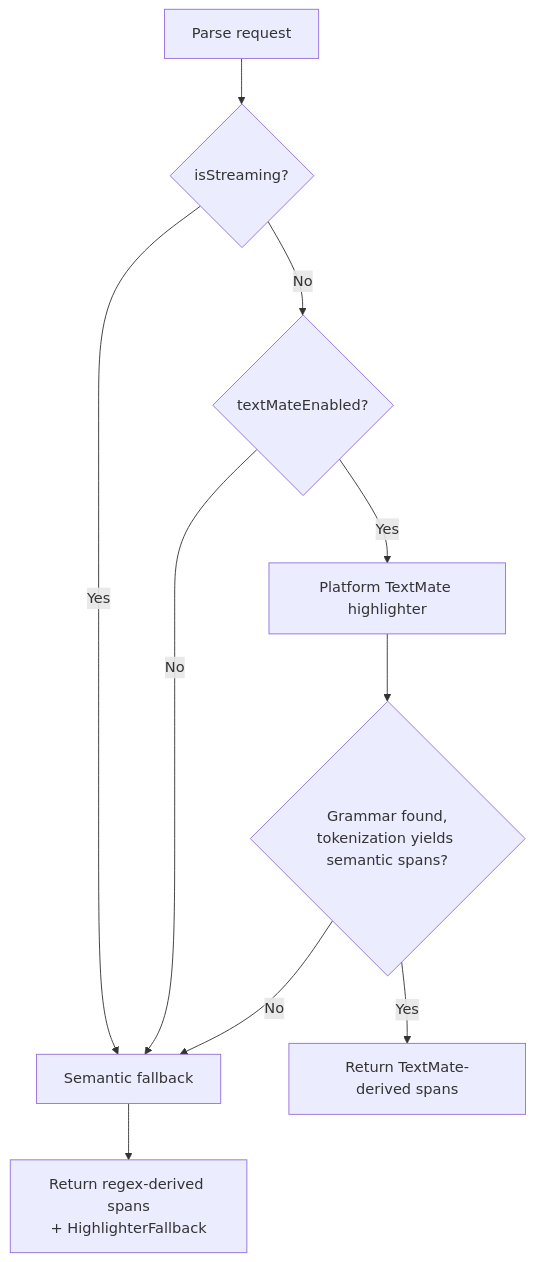
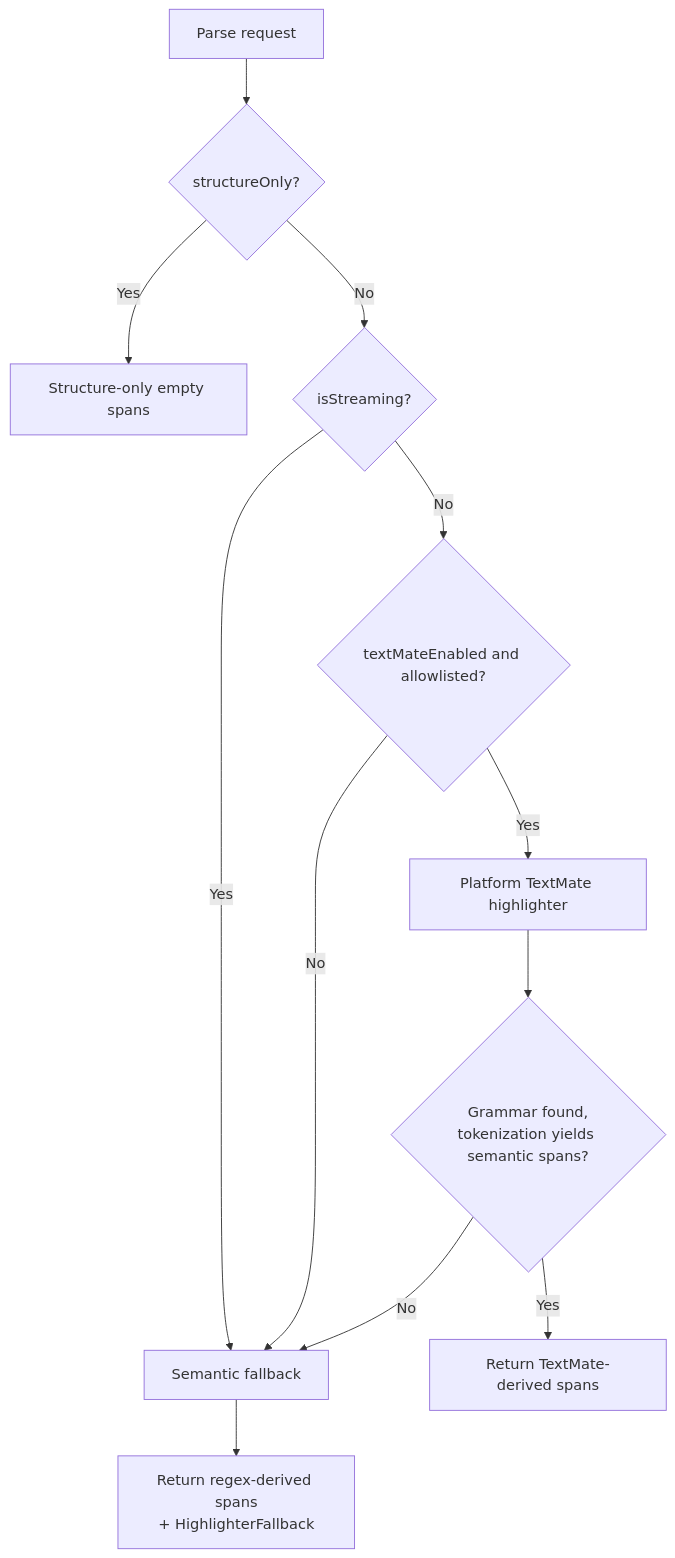
One commit to opencode-mobile/opencode-mobile changed the third of 10 diagrams in docs/features/native-rendered-markdown/textmate-markdown-highlighter-architecture-report.md. Above: the diagram before and after it, drawn with Mermaid. The commit also changed other lines of this file and 21 other files, not shown here.

First line of the commit message:
fix: preserve TextMate upgrade metadata and align streaming decoration targets

````diff
--- a/docs/features/native-rendered-markdown/textmate-markdown-highlighter-architecture-report.md
+++ b/docs/features/native-rendered-markdown/textmate-markdown-highlighter-architecture-report.md
@@ -204,12 +213,14 @@
 ```mermaid
 flowchart TD
-    A["Parse request"] --> B{"isStreaming?"}
-    B -->|Yes| F["Semantic fallback"]
-    B -->|No| C{"textMateEnabled?"}
-    C -->|No| F
-    C -->|Yes| D["Platform TextMate highlighter"]
-    D --> E{"Grammar found,<br/>tokenization yields semantic spans?"}
-    E -->|Yes| G["Return TextMate-derived spans"]
-    E -->|No| F
-    F --> H["Return regex-derived spans<br/>+ HighlighterFallback"]
+    A["Parse request"] --> B{"structureOnly?"}
+    B -->|Yes| S["Structure-only empty spans"]
+    B -->|No| C{"isStreaming?"}
+    C -->|Yes| F["Semantic fallback"]
+    C -->|No| D{"textMateEnabled and allowlisted?"}
+    D -->|No| F
+    D -->|Yes| E["Platform TextMate highlighter"]
+    E --> G{"Grammar found,<br/>tokenization yields semantic spans?"}
+    G -->|Yes| H["Return TextMate-derived spans"]
+    G -->|No| F
+    F --> I["Return regex-derived spans<br/>+ HighlighterFallback"]
 ```
````
